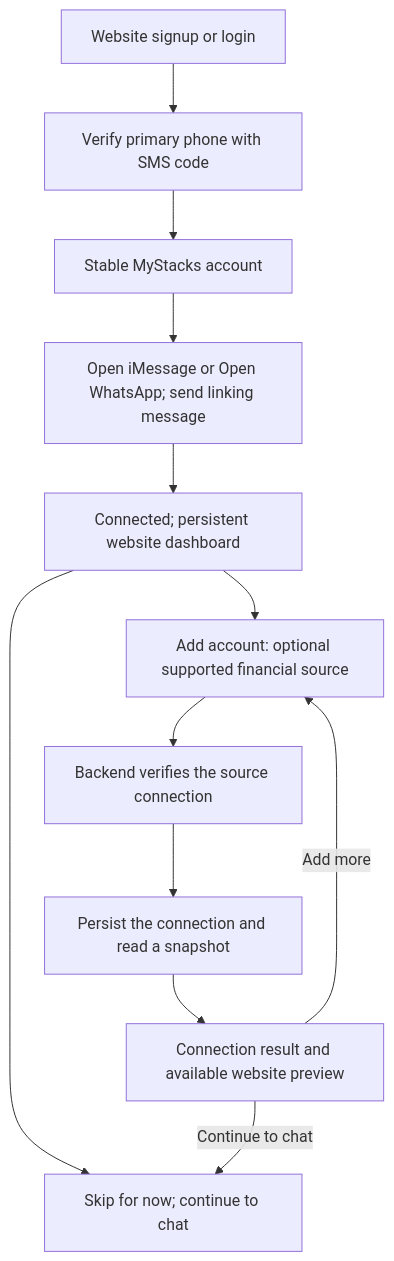
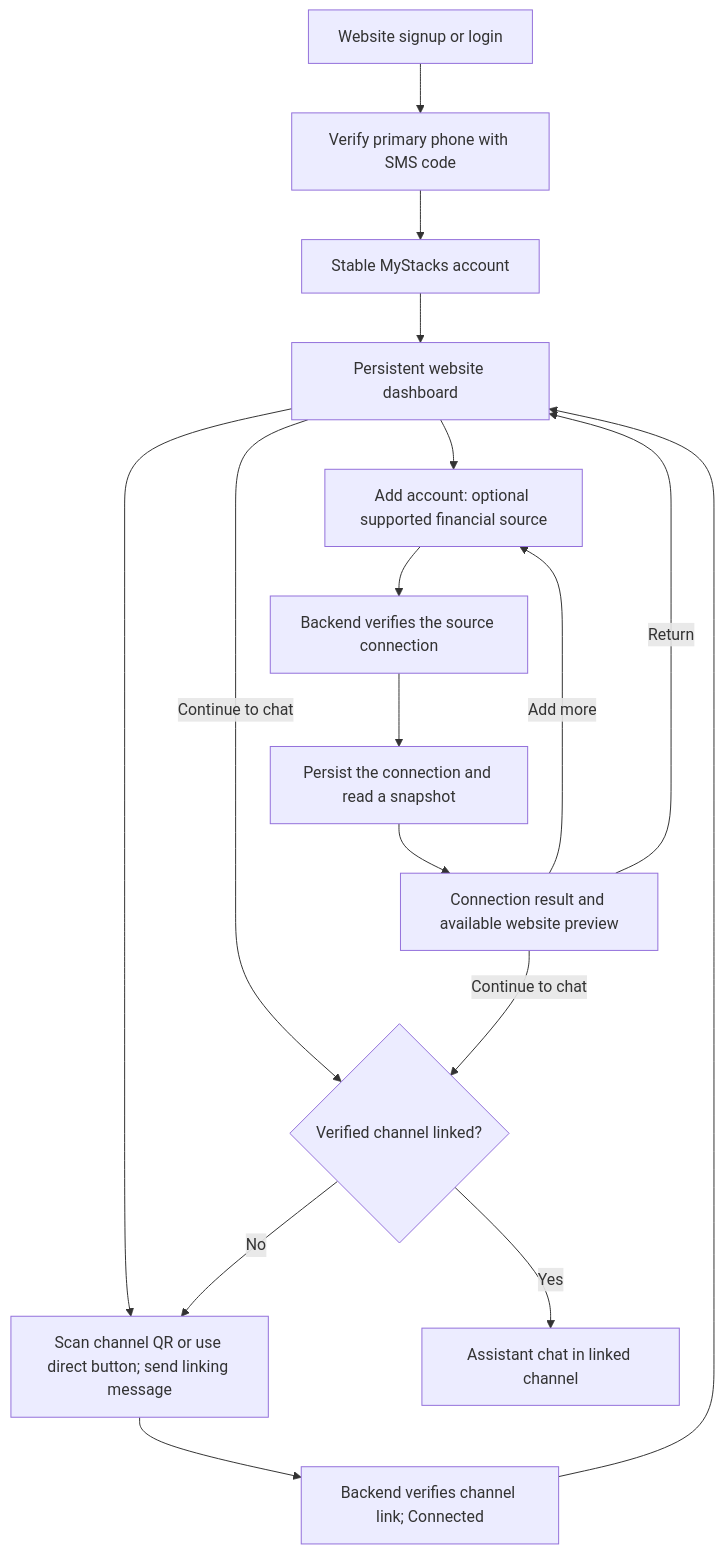
The diagram in docs/design/onboarding.md (hsignals/ms-agentic-be), drawn with Mermaid before and after one commit. The commit also changed other lines of this file and 16 other files, not shown here.

````diff
--- a/docs/design/onboarding.md
+++ b/docs/design/onboarding.md
@@ -21,14 +21,19 @@
 ```mermaid
 flowchart TD
     U["Website signup or login"] --> A["Verify primary phone with SMS code"]
     A --> M["Stable MyStacks account"]
-    M --> L["Open iMessage or Open WhatsApp; send linking message"]
-    L --> D["Connected; persistent website dashboard"]
+    M --> D["Persistent website dashboard"]
     D --> C["Add account: optional supported financial source"]
-    D --> N["Skip for now; continue to chat"]
+    D --> L["Scan channel QR or use direct button; send linking message"]
+    L --> K["Backend verifies channel link; Connected"]
+    K --> D
     C --> V["Backend verifies the source connection"]
     V --> F["Persist the connection and read a snapshot"]
     F --> P["Connection result and available website preview"]
     P -->|Add more| C
-    P -->|Continue to chat| N
+    P -->|Return| D
+    D -->|Continue to chat| G{"Verified channel linked?"}
+    P -->|Continue to chat| G
+    G -->|No| L
+    G -->|Yes| N["Assistant chat in linked channel"]
 ```
````
